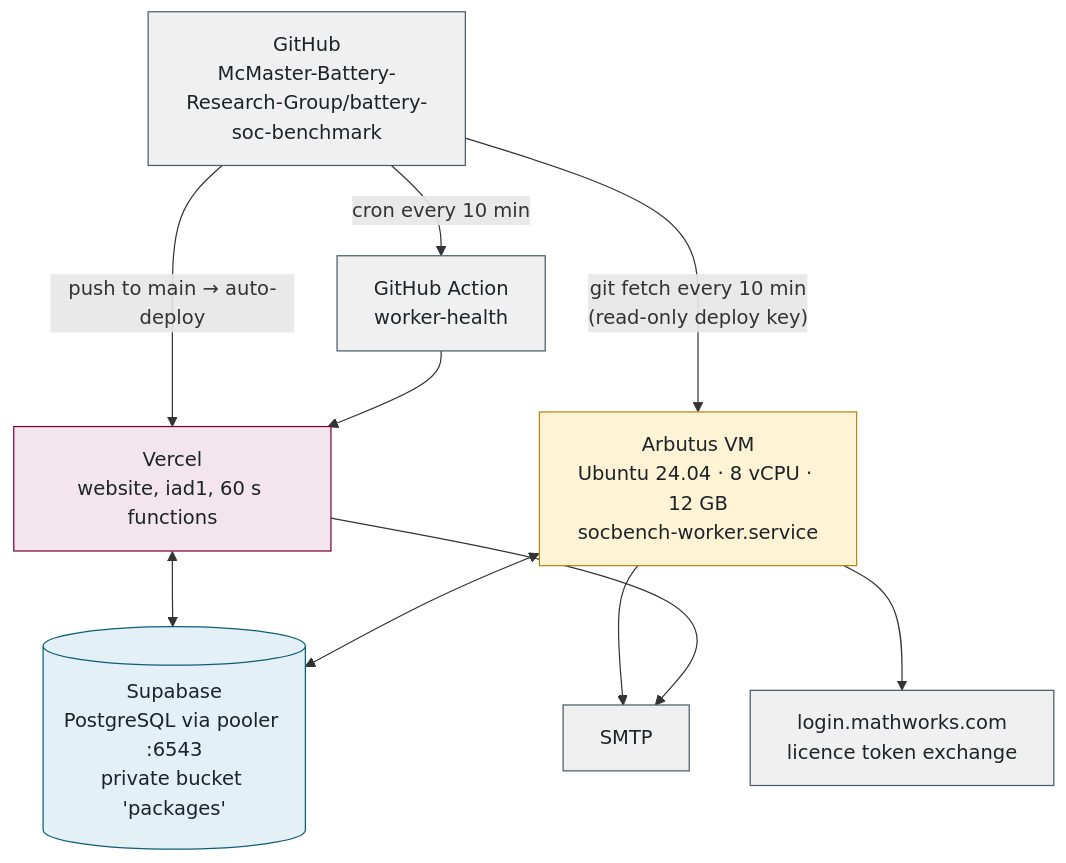
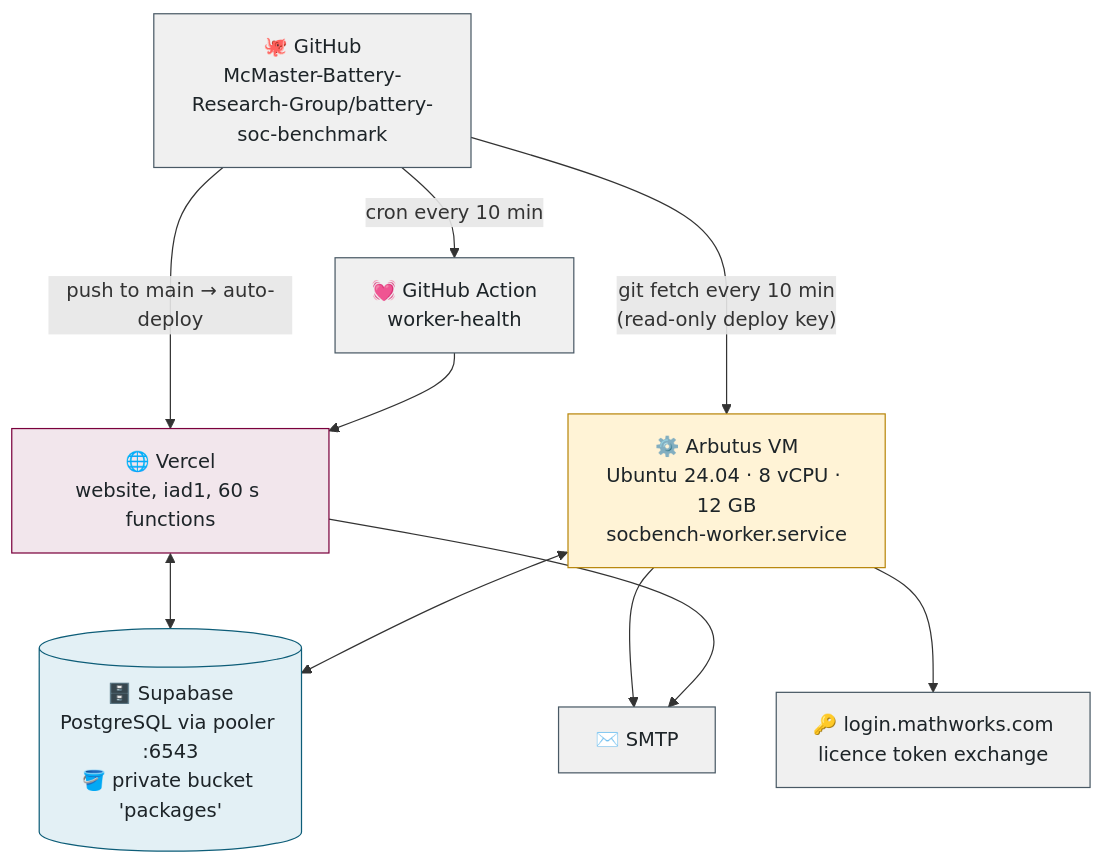
Before and after one commit to McMaster-Battery-Research-Group/battery-soc-benchmark: the first of 7 diagrams in docs/walkthrough/11-infrastructure-and-operations.md, drawn with Mermaid. The commit also changed other lines of this file and 38 other files, not shown here.

Commit message:
Walkthrough: consistent icon system (icon key, part and section icons, diagram labels) + tool/company logos

````diff
--- a/docs/walkthrough/11-infrastructure-and-operations.md
+++ b/docs/walkthrough/11-infrastructure-and-operations.md
@@ -7,27 +7,27 @@
 ```mermaid
 flowchart TB
-    GH["GitHub<br/>McMaster-Battery-Research-Group/battery-soc-benchmark"]
-    V["Vercel<br/>website, iad1, 60 s functions"]
-    VM["Arbutus VM<br/>Ubuntu 24.04 · 8 vCPU · 12 GB<br/>socbench-worker.service"]
-    GA["GitHub Action<br/>worker-health"]
-    SB[("Supabase<br/>PostgreSQL via pooler :6543<br/>private bucket 'packages'")]
-    MW["login.mathworks.com<br/>licence token exchange"]
-    SMTP["SMTP"]
+    GH["🐙 GitHub<br/>McMaster-Battery-Research-Group/battery-soc-benchmark"]
+    V["🌐 Vercel<br/>website, iad1, 60 s functions"]
+    VM["⚙️ Arbutus VM<br/>Ubuntu 24.04 · 8 vCPU · 12 GB<br/>socbench-worker.service"]
+    GA["💓 GitHub Action<br/>worker-health"]
+    SB[("🗄️ Supabase<br/>PostgreSQL via pooler :6543<br/>🪣 private bucket 'packages'")]
+    MW["🔑 login.mathworks.com<br/>licence token exchange"]
+    SMTP["✉️ SMTP"]
     GH -- "push to main → auto-deploy" --> V
     GH -- "git fetch every 10 min<br/>(read-only deploy key)" --> VM
     GH -- "cron every 10 min" --> GA
     V <--> SB
     VM <--> SB
     VM --> MW
     VM --> SMTP
     V --> SMTP
     GA --> V
     classDef ext fill:#F0F0F0,stroke:#495965,color:#1d2428
     classDef web fill:#F2E6EC,stroke:#7A003C,color:#1d2428
     classDef worker fill:#FFF3D6,stroke:#B8860B,color:#1d2428
     classDef data fill:#E3F0F5,stroke:#0D5D78,color:#1d2428
     class GH,GA,MW,SMTP ext
     class V web
     class VM worker
     class SB data
 ```
````
